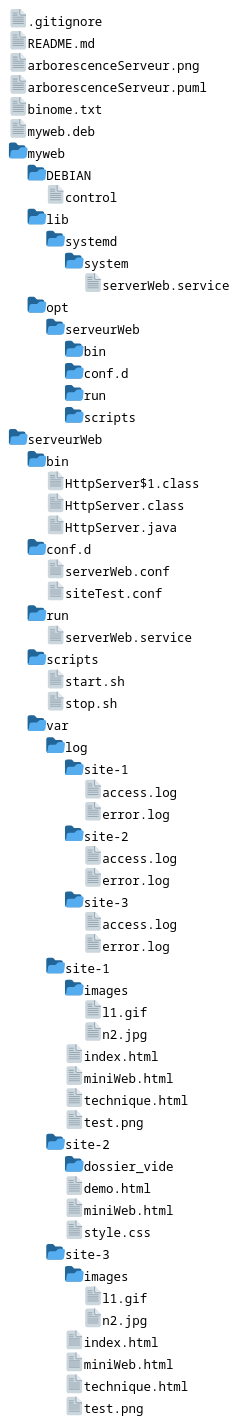
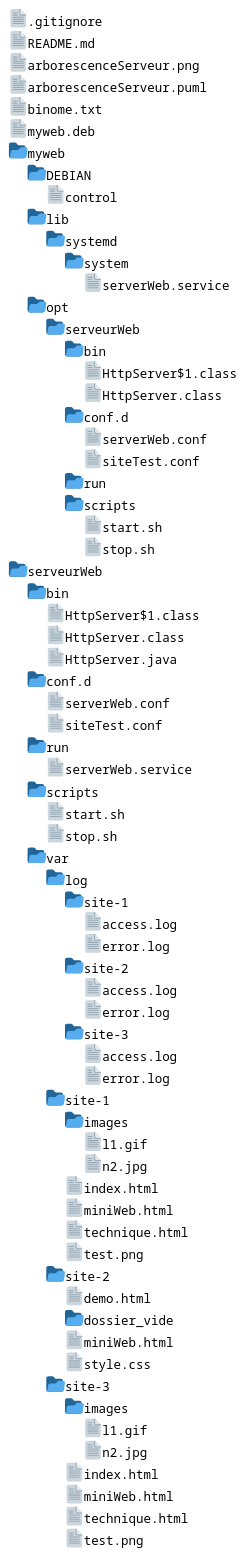
Before and after one commit to Le-Madec-Jean/ServerWeb_GALLOIS_LE_MADEC: the diagram in arborescenceServeur.puml, drawn with PlantUML.

```diff
--- a/arborescenceServeur.puml
+++ b/arborescenceServeur.puml
@@ -1,48 +1,51 @@
 @startfiles arborescenceServeur
 
 /.gitignore
 /README.md
 /arborescenceServeur.png
 /arborescenceServeur.puml
 /binome.txt
 /myweb.deb
 
 /myweb/DEBIAN/control
 /myweb/lib/systemd/system/serverWeb.service
-/myweb/opt/serveurWeb/bin/
-/myweb/opt/serveurWeb/conf.d/
+/myweb/opt/serveurWeb/bin/HttpServer$1.class
+/myweb/opt/serveurWeb/bin/HttpServer.class
+/myweb/opt/serveurWeb/conf.d/serverWeb.conf
+/myweb/opt/serveurWeb/conf.d/siteTest.conf
 /myweb/opt/serveurWeb/run/
-/myweb/opt/serveurWeb/scripts/
+/myweb/opt/serveurWeb/scripts/start.sh
+/myweb/opt/serveurWeb/scripts/stop.sh
 
 /serveurWeb/bin/HttpServer$1.class
 /serveurWeb/bin/HttpServer.class
 /serveurWeb/bin/HttpServer.java
 /serveurWeb/conf.d/serverWeb.conf
 /serveurWeb/conf.d/siteTest.conf
 /serveurWeb/run/serverWeb.service
 /serveurWeb/scripts/start.sh
 /serveurWeb/scripts/stop.sh
 /serveurWeb/var/log/site-1/access.log
 /serveurWeb/var/log/site-1/error.log
 /serveurWeb/var/log/site-2/access.log
 /serveurWeb/var/log/site-2/error.log
 /serveurWeb/var/log/site-3/access.log
 /serveurWeb/var/log/site-3/error.log
 /serveurWeb/var/site-1/images/l1.gif
 /serveurWeb/var/site-1/images/n2.jpg
 /serveurWeb/var/site-1/index.html
 /serveurWeb/var/site-1/miniWeb.html
 /serveurWeb/var/site-1/technique.html
 /serveurWeb/var/site-1/test.png
+/serveurWeb/var/site-2/demo.html
 /serveurWeb/var/site-2/dossier_vide/
-/serveurWeb/var/site-2/demo.html
 /serveurWeb/var/site-2/miniWeb.html
 /serveurWeb/var/site-2/style.css
 /serveurWeb/var/site-3/images/l1.gif
 /serveurWeb/var/site-3/images/n2.jpg
 /serveurWeb/var/site-3/index.html
 /serveurWeb/var/site-3/miniWeb.html
 /serveurWeb/var/site-3/technique.html
 /serveurWeb/var/site-3/test.png
 
 @endfiles
```
